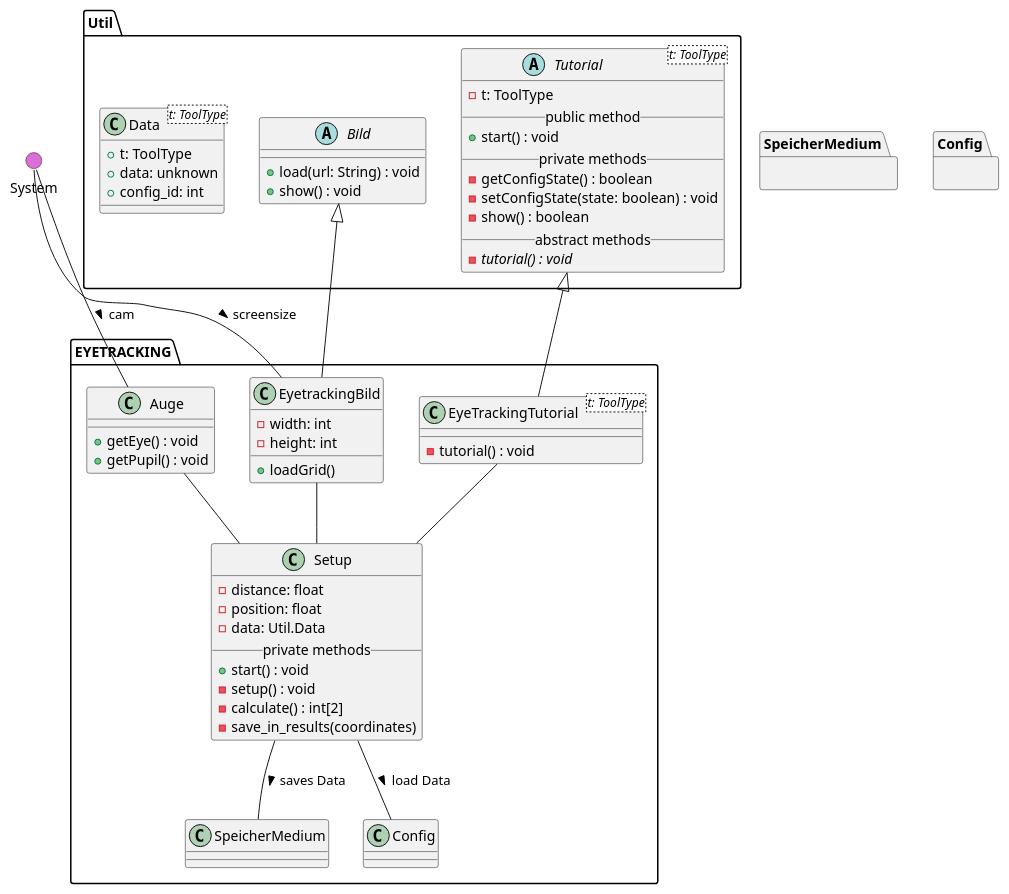
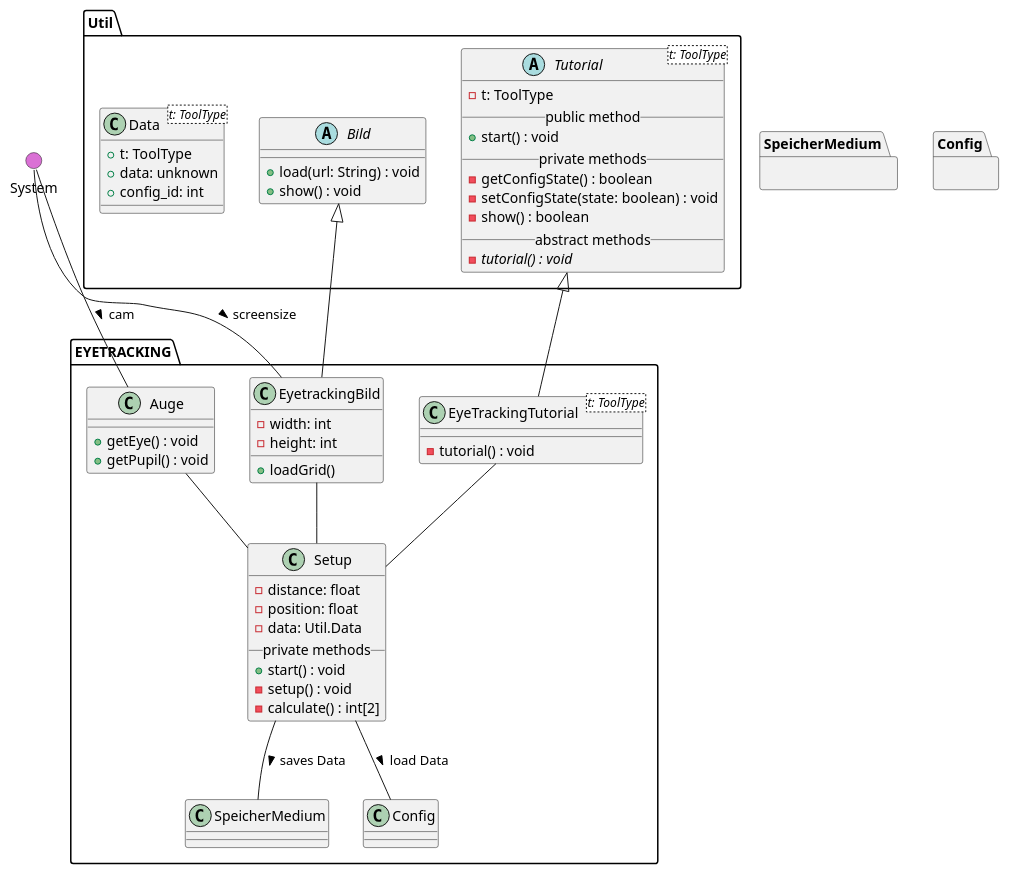
The diagram in meilenstein_03/uml-eyetracking/eyetracking.puml (weichware10/meilensteine), drawn with PlantUML before and after one commit.

```diff
--- a/meilenstein_03/uml-eyetracking/eyetracking.puml
+++ b/meilenstein_03/uml-eyetracking/eyetracking.puml
@@ -1,90 +1,89 @@
 @startuml eyetracking
 ' skinparam backgroundColor transparent
 () System #DA70D5
 top to bottom direction
 
 package Util {
 
     ' --- TUTORIAL ---
     abstract Tutorial<t: ToolType> {
         - t: ToolType
         __public method__
         + start() : void
         __private methods__
         - getConfigState() : boolean
         - setConfigState(state: boolean) : void
         - show() : boolean
         __abstract methods__
         - {abstract} tutorial() : void
     }
 
       ' --- BILD ---
     abstract Bild {
         + load(url: String) : void
         + show() : void
     }
 
     class Data<t: ToolType> {
         + t: ToolType
         + data: unknown
         + config_id: int
     }
 
 }
 
 
 ' === EYETRACKING ===
 package EYETRACKING {
 
     ' Auge
     class Auge {
         + getEye() : void
         + getPupil() : void
     }
 
     ' EyetrackingBild
     class EyetrackingBild {
         - width: int
         - height: int
         + loadGrid()
     }
 
 
  ' --- EYETRACKINGTUTORIAL ---
     class EyeTrackingTutorial<t: ToolType> {
         - tutorial() : void
     }
 
     ' Setup
     class Setup {
         - distance: float
         - position: float
         - data: Util.Data
         __private methods__
         + start() : void
         - setup() : void
         - calculate() : int[2]
-        - save_in_results(coordinates)
     }
 
     ' Vererbungen
     Bild <|-- EyetrackingBild
     Tutorial <|-- EyeTrackingTutorial
 
     ' Interaktionen
     Auge -- Setup
     EyetrackingBild -- Setup
     EyeTrackingTutorial -- Setup
 
     ' Andere Module
     Setup -- SpeicherMedium : > saves Data
     Setup -- Config : > load Data
     Auge -u- System : < cam
     EyetrackingBild -u- System : < screensize
 
 }
 
 ' Blackboxen / Andere Module
 package SpeicherMedium {}
 package Config {}
 @enduml
```
